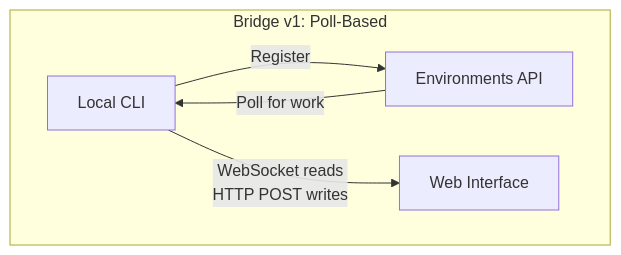
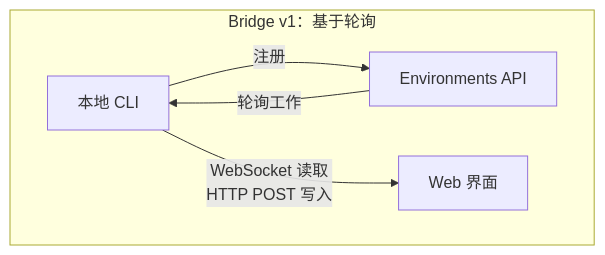
The first of 4 diagrams in book-zh/ch16-remote.md (quanuanc/claude-code-from-source), drawn with Mermaid before and after one commit. The commit also changed other lines of this file and 1 other file, not shown here.

````diff
--- a/book-zh/ch16-remote.md
+++ b/book-zh/ch16-remote.md
@@ -20,8 +13,8 @@
 ```mermaid
 graph TB
-    subgraph "Bridge v1: Poll-Based"
-        CLI1[Local CLI] -->|Register| ENV[Environments API]
-        ENV -->|Poll for work| CLI1
-        CLI1 -->|"WebSocket reads<br/>HTTP POST writes"| WEB1[Web Interface]
+    subgraph "Bridge v1：基于轮询"
+        CLI1[本地 CLI] -->|注册| ENV[Environments API]
+        ENV -->|轮询工作| CLI1
+        CLI1 -->|"WebSocket 读取<br/>HTTP POST 写入"| WEB1[Web 界面]
     end
 ```
````
